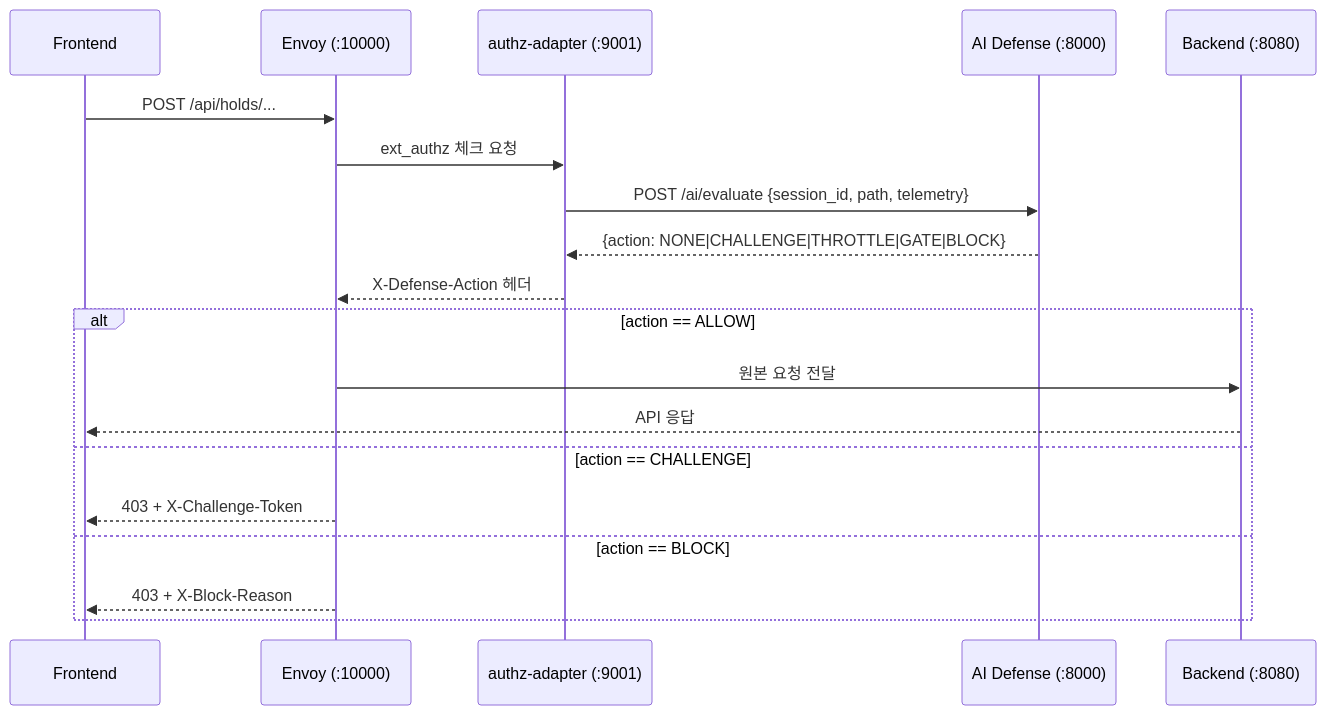
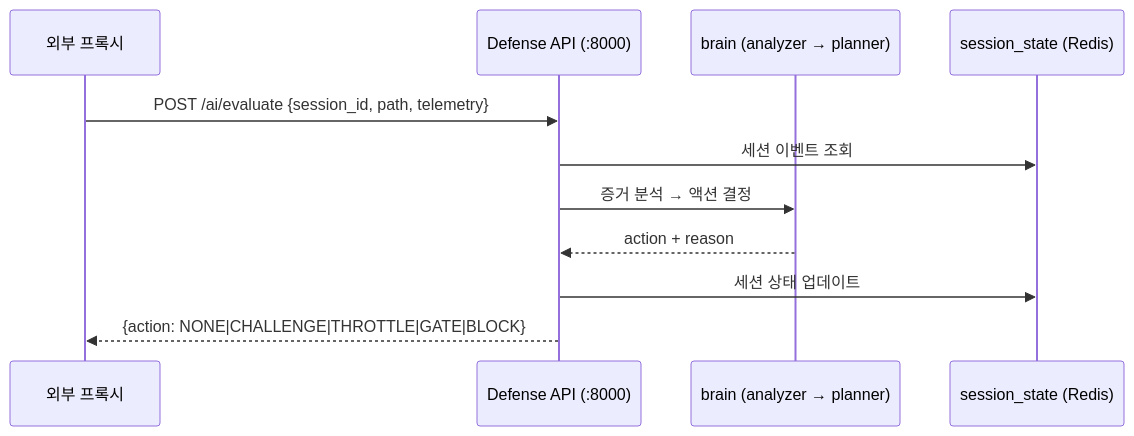
Before and after one commit to goorm-gongbang/201-goormgb-ai: the second of 2 diagrams in README.md, drawn with Mermaid. The commit also changed other lines of this file, not shown here.

First line of the commit message:
docs(readme): defense 모듈 중심으로 README 재구성

````diff
--- a/README.md
+++ b/README.md
@@ -112,22 +108,14 @@
 ```mermaid
 sequenceDiagram
-  participant FE as Frontend
-  participant EV as Envoy (:10000)
-  participant AD as authz-adapter (:9001)
-  participant AI as AI Defense (:8000)
-  participant BE as Backend (:8080)
+  participant P as 외부 프록시
+  participant API as Defense API (:8000)
+  participant B as brain (analyzer → planner)
+  participant S as session_state (Redis)
 
-  FE->>EV: POST /api/holds/...
-  EV->>AD: ext_authz 체크 요청
-  AD->>AI: POST /ai/evaluate {session_id, path, telemetry}
-  AI-->>AD: {action: NONE|CHALLENGE|THROTTLE|GATE|BLOCK}
-  AD-->>EV: X-Defense-Action 헤더
-  alt action == ALLOW
-    EV->>BE: 원본 요청 전달
-    BE-->>FE: API 응답
-  else action == CHALLENGE
-    EV-->>FE: 403 + X-Challenge-Token
-  else action == BLOCK
-    EV-->>FE: 403 + X-Block-Reason
-  end
+  P->>API: POST /ai/evaluate {session_id, path, telemetry}
+  API->>S: 세션 이벤트 조회
+  API->>B: 증거 분석 → 액션 결정
+  B-->>API: action + reason
+  API->>S: 세션 상태 업데이트
+  API-->>P: {action: NONE|CHALLENGE|THROTTLE|GATE|BLOCK}
 ```
````
